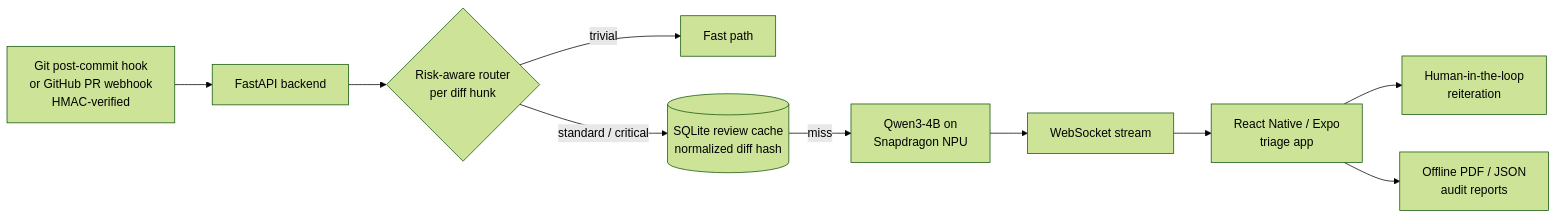
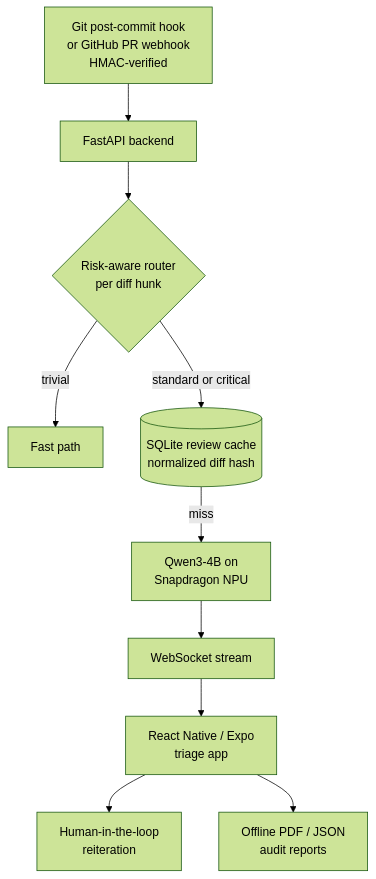
Before and after one commit to Suraj854204/Suraj854204: the fifth of 8 diagrams in README.md, drawn with Mermaid (forest theme). The commit also changed other lines of this file, not shown here.

````diff
--- a/README.md
+++ b/README.md
@@ -254,12 +222,12 @@
 ```mermaid
-flowchart LR
+flowchart TD
     G["Git post-commit hook<br/>or GitHub PR webhook<br/>HMAC-verified"] --> F["FastAPI backend"]
     F --> R{"Risk-aware router<br/>per diff hunk"}
     R -->|trivial| SK["Fast path"]
-    R -->|"standard / critical"| C[("SQLite review cache<br/>normalized diff hash")]
+    R -->|"standard or critical"| C[("SQLite review cache<br/>normalized diff hash")]
     C -->|miss| N["Qwen3-4B on<br/>Snapdragon NPU"]
     N --> W["WebSocket stream"]
     W --> M["React Native / Expo<br/>triage app"]
     M --> H["Human-in-the-loop<br/>reiteration"]
     M --> P["Offline PDF / JSON<br/>audit reports"]
 ```
````
